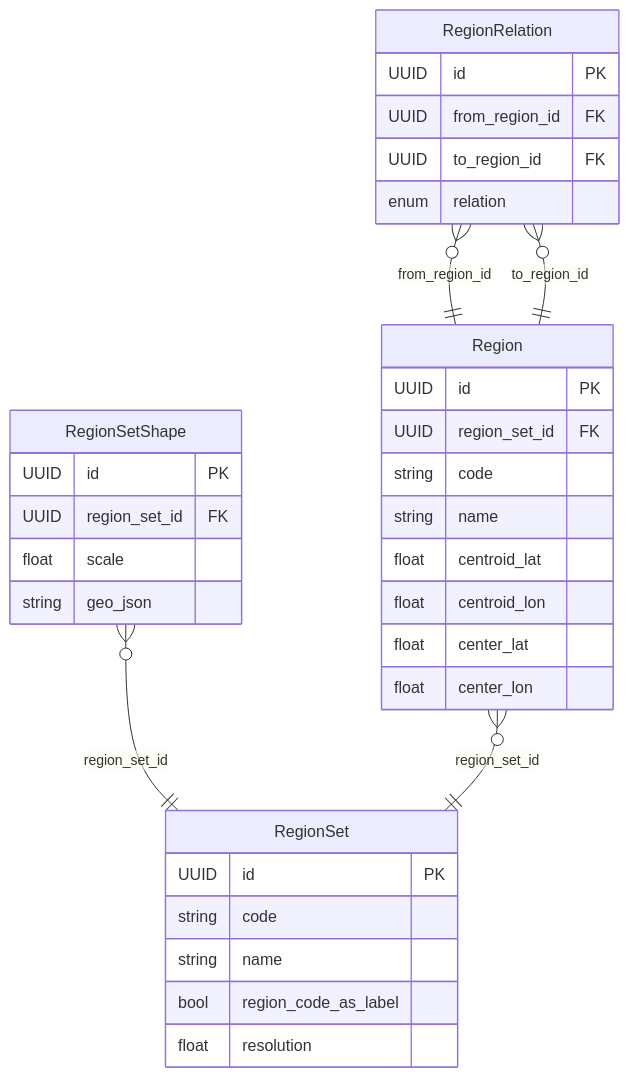
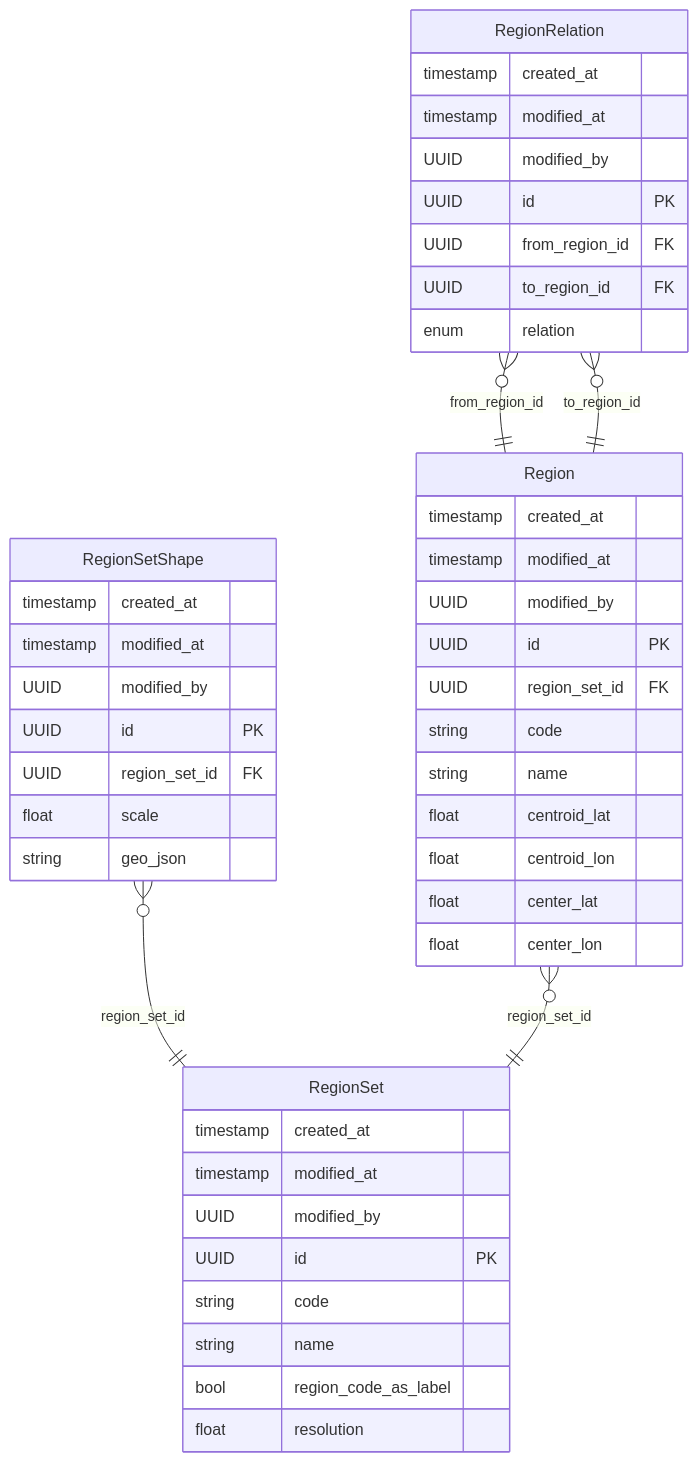
The diagram in docs/erm/casedb.geo.detailed.md (RIVM-bioinformatics/gen-epix-api), drawn with Mermaid before and after one commit. The commit also changed 211 other files, not shown here.

````diff
--- a/docs/erm/casedb.geo.detailed.md
+++ b/docs/erm/casedb.geo.detailed.md
@@ -5,45 +5,57 @@
 ```mermaid
 erDiagram
     %% casedb / GEO (detailed)
 
     %% Relationships
-    RegionSetShape }o--|| RegionSet : "region_set_id"
     RegionRelation }o--|| Region : "from_region_id"
     RegionRelation }o--|| Region : "to_region_id"
+    RegionSetShape }o--|| RegionSet : "region_set_id"
     Region }o--|| RegionSet : "region_set_id"
 
     %% Entity definitions
+    RegionRelation {
+        timestamp created_at
+        timestamp modified_at
+        UUID modified_by
+        UUID id PK
+        UUID from_region_id FK
+        UUID to_region_id FK
+        enum relation
+    }
+
+    RegionSet {
+        timestamp created_at
+        timestamp modified_at
+        UUID modified_by
+        UUID id PK
+        string code
+        string name
+        bool region_code_as_label
+        float resolution
+    }
+
     RegionSetShape {
+        timestamp created_at
+        timestamp modified_at
+        UUID modified_by
         UUID id PK
         UUID region_set_id FK
         float scale
         string geo_json
     }
 
-    RegionRelation {
-        UUID id PK
-        UUID from_region_id FK
-        UUID to_region_id FK
-        enum relation
-    }
-
     Region {
+        timestamp created_at
+        timestamp modified_at
+        UUID modified_by
         UUID id PK
         UUID region_set_id FK
         string code
         string name
         float centroid_lat
         float centroid_lon
         float center_lat
         float center_lon
     }
 
-    RegionSet {
-        UUID id PK
-        string code
-        string name
-        bool region_code_as_label
-        float resolution
-    }
-
 ```
````
